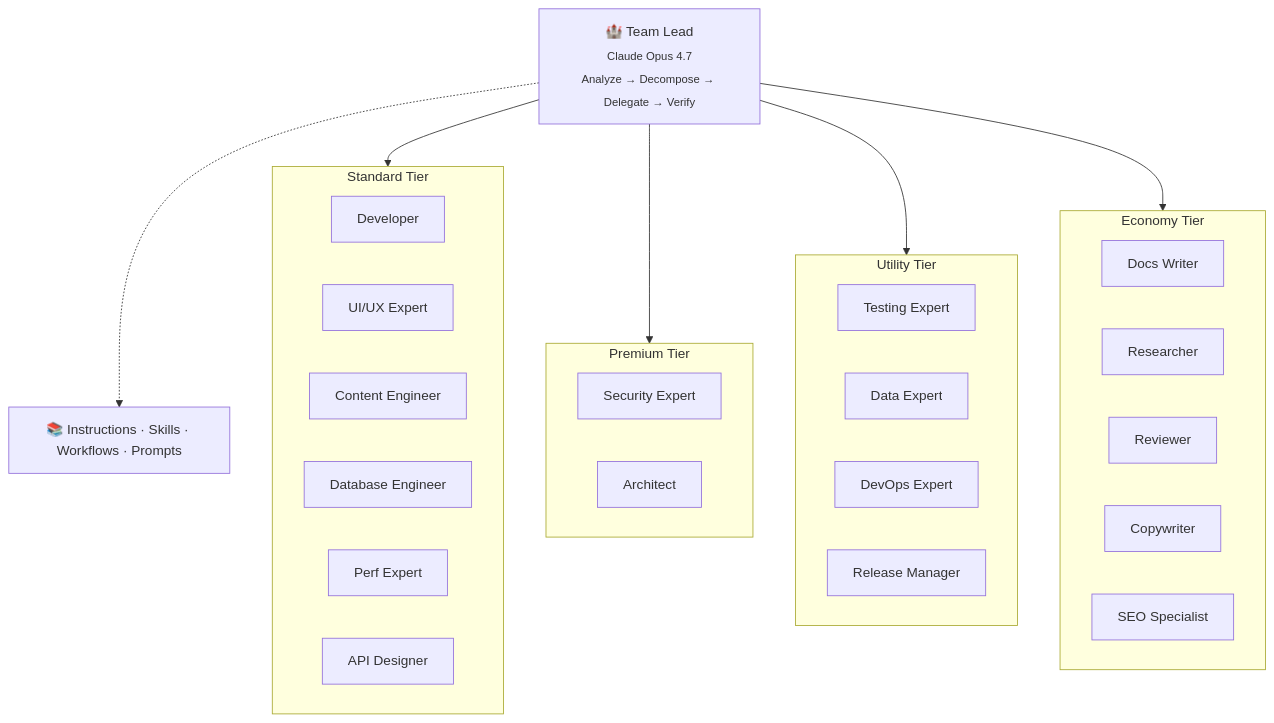
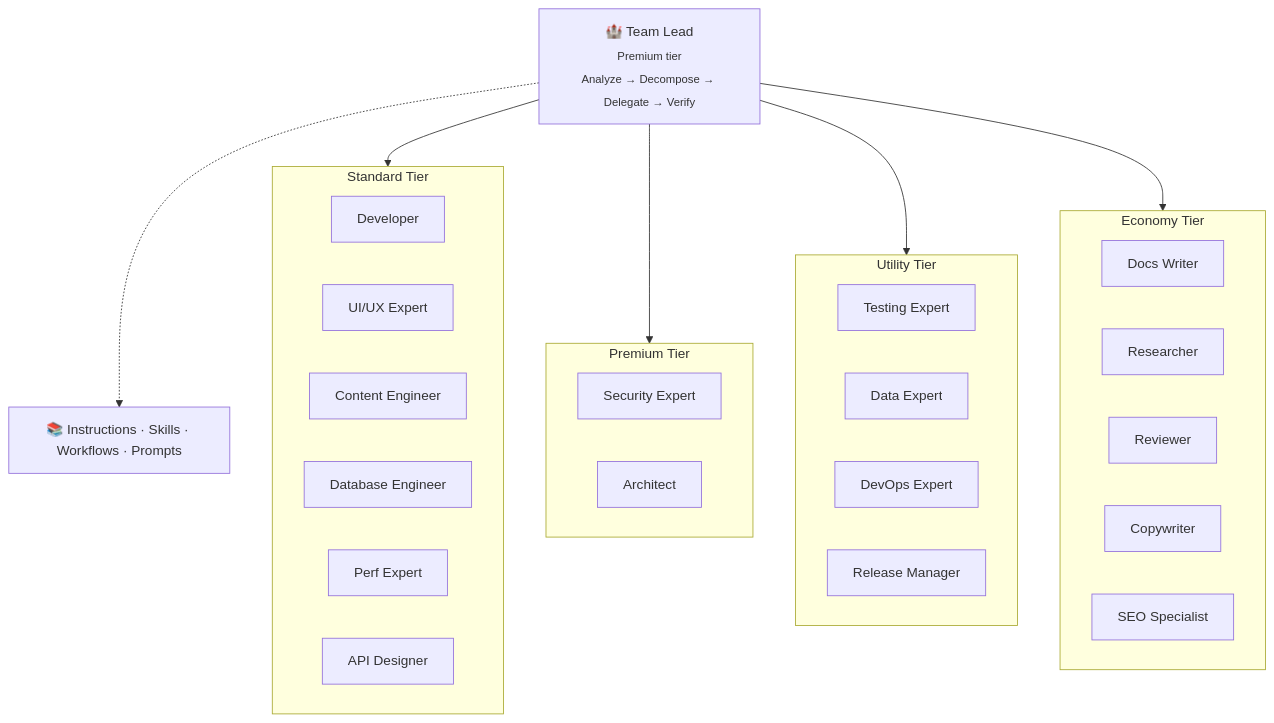
One commit to monkilabs/opencastle changed the first of 2 diagrams in ARCHITECTURE.md. Above: the diagram before and after it, drawn with Mermaid. The commit also changed other lines of this file and 2 other files, not shown here.

````diff
--- a/ARCHITECTURE.md
+++ b/ARCHITECTURE.md
@@ -11,41 +16,41 @@
 ```mermaid
 graph TB
-    TL["🏰 Team Lead<br/><sub>Claude Opus 4.7</sub><br/><sub>Analyze → Decompose → Delegate → Verify</sub>"]
+    TL["🏰 Team Lead<br/><sub>Premium tier</sub><br/><sub>Analyze → Decompose → Delegate → Verify</sub>"]
 
     subgraph Standard["Standard Tier"]
         DEV[Developer]
         UI[UI/UX Expert]
         CE[Content Engineer]
         DB[Database Engineer]
         PERF[Perf Expert]
         API[API Designer]
     end
 
     subgraph Premium["Premium Tier"]
         SEC[Security Expert]
         ARCH[Architect]
     end
 
     subgraph Utility["Utility Tier"]
         TEST[Testing Expert]
         DATA[Data Expert]
         DEVOPS[DevOps Expert]
         RM[Release Manager]
     end
 
     subgraph Economy["Economy Tier"]
         DOCS[Docs Writer]
         RES[Researcher]
         REV[Reviewer]
         COPY[Copywriter]
         SEO[SEO Specialist]
     end
 
     TL --> Standard
     TL --> Premium
     TL --> Utility
     TL --> Economy
 
     KB["📚 Instructions · Skills · Workflows · Prompts"]
     TL -.-> KB
 ```
````
